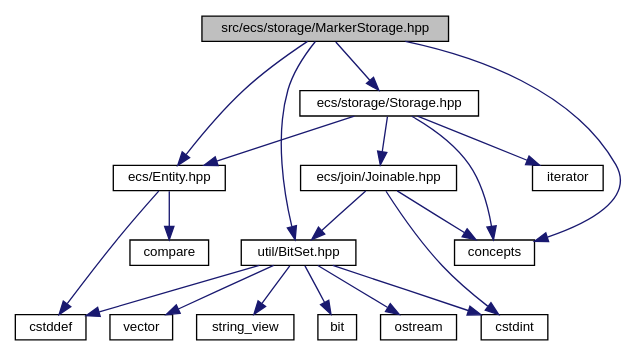
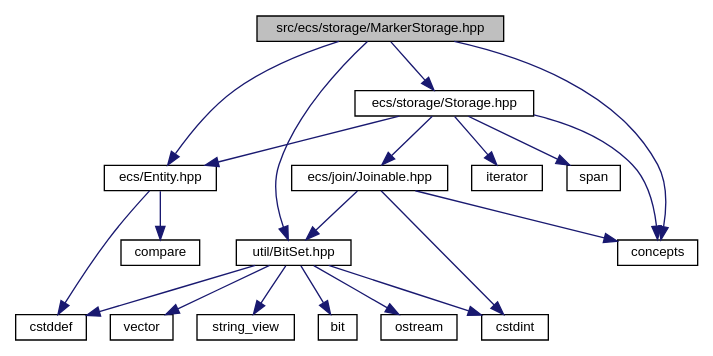
Before and after one commit to MisterPeModder/Bomberman-Global-Offensive: the diagram in _marker_storage_8hpp__incl.dot, drawn with Graphviz. The commit also changed 321 other files, not shown here.

Commit message:
Deploying to gh-pages from @ MisterPeModder/Bomberman-Global-Offensive@d3185e0575ebf8fe3eca5b02d07a9483788439b3 🚀

```diff
--- a/_marker_storage_8hpp__incl.dot
+++ b/_marker_storage_8hpp__incl.dot
@@ -1,39 +1,41 @@
 digraph "src/ecs/storage/MarkerStorage.hpp"
 {
  // LATEX_PDF_SIZE
   edge [fontname="Helvetica",fontsize="10",labelfontname="Helvetica",labelfontsize="10"];
   node [fontname="Helvetica",fontsize="10",shape=record];
   Node1 [label="src/ecs/storage/MarkerStorage.hpp",height=0.2,width=0.4,color="black", fillcolor="grey75", style="filled", fontcolor="black",tooltip=" "];
   Node1 -> Node2 [color="midnightblue",fontsize="10",style="solid",fontname="Helvetica"];
   Node2 [label="ecs/Entity.hpp",height=0.2,width=0.4,color="black", fillcolor="white", style="filled",URL="$_entity_8hpp.html",tooltip=" "];
   Node2 -> Node3 [color="midnightblue",fontsize="10",style="solid",fontname="Helvetica"];
   Node3 [label="compare",height=0.2,width=0.4,color="black", fillcolor="white", style="filled",URL="/home/runner/work/Bomberman-Global-Offensive/Bomberman-Global-Offensive/doc/external/cppreference-doxygen-web.tag.xml$cpp/header/compare.html",tooltip=" "];
   Node2 -> Node4 [color="midnightblue",fontsize="10",style="solid",fontname="Helvetica"];
   Node4 [label="cstddef",height=0.2,width=0.4,color="black", fillcolor="white", style="filled",URL="/home/runner/work/Bomberman-Global-Offensive/Bomberman-Global-Offensive/doc/external/cppreference-doxygen-web.tag.xml$cpp/header/cstddef.html",tooltip=" "];
   Node1 -> Node5 [color="midnightblue",fontsize="10",style="solid",fontname="Helvetica"];
   Node5 [label="ecs/storage/Storage.hpp",height=0.2,width=0.4,color="black", fillcolor="white", style="filled",URL="$storage_2_storage_8hpp.html",tooltip=" "];
   Node5 -> Node2 [color="midnightblue",fontsize="10",style="solid",fontname="Helvetica"];
   Node5 -> Node6 [color="midnightblue",fontsize="10",style="solid",fontname="Helvetica"];
   Node6 [label="ecs/join/Joinable.hpp",height=0.2,width=0.4,color="black", fillcolor="white", style="filled",URL="$_joinable_8hpp.html",tooltip=" "];
   Node6 -> Node7 [color="midnightblue",fontsize="10",style="solid",fontname="Helvetica"];
   Node7 [label="util/BitSet.hpp",height=0.2,width=0.4,color="black", fillcolor="white", style="filled",URL="$_bit_set_8hpp.html",tooltip=" "];
   Node7 -> Node8 [color="midnightblue",fontsize="10",style="solid",fontname="Helvetica"];
   Node8 [label="bit",height=0.2,width=0.4,color="black", fillcolor="white", style="filled",URL="/home/runner/work/Bomberman-Global-Offensive/Bomberman-Global-Offensive/doc/external/cppreference-doxygen-web.tag.xml$cpp/header/bit.html",tooltip=" "];
   Node7 -> Node4 [color="midnightblue",fontsize="10",style="solid",fontname="Helvetica"];
   Node7 -> Node9 [color="midnightblue",fontsize="10",style="solid",fontname="Helvetica"];
   Node9 [label="cstdint",height=0.2,width=0.4,color="black", fillcolor="white", style="filled",URL="/home/runner/work/Bomberman-Global-Offensive/Bomberman-Global-Offensive/doc/external/cppreference-doxygen-web.tag.xml$cpp/header/cstdint.html",tooltip=" "];
   Node7 -> Node10 [color="midnightblue",fontsize="10",style="solid",fontname="Helvetica"];
   Node10 [label="ostream",height=0.2,width=0.4,color="black", fillcolor="white", style="filled",URL="/home/runner/work/Bomberman-Global-Offensive/Bomberman-Global-Offensive/doc/external/cppreference-doxygen-web.tag.xml$cpp/header/ostream.html",tooltip=" "];
   Node7 -> Node11 [color="midnightblue",fontsize="10",style="solid",fontname="Helvetica"];
   Node11 [label="vector",height=0.2,width=0.4,color="black", fillcolor="white", style="filled",URL="/home/runner/work/Bomberman-Global-Offensive/Bomberman-Global-Offensive/doc/external/cppreference-doxygen-web.tag.xml$cpp/header/vector.html",tooltip=" "];
   Node7 -> Node12 [color="midnightblue",fontsize="10",style="solid",fontname="Helvetica"];
   Node12 [label="string_view",height=0.2,width=0.4,color="black", fillcolor="white", style="filled",URL="/home/runner/work/Bomberman-Global-Offensive/Bomberman-Global-Offensive/doc/external/cppreference-doxygen-web.tag.xml$cpp/header/string_view.html",tooltip=" "];
   Node6 -> Node13 [color="midnightblue",fontsize="10",style="solid",fontname="Helvetica"];
   Node13 [label="concepts",height=0.2,width=0.4,color="black", fillcolor="white", style="filled",URL="/home/runner/work/Bomberman-Global-Offensive/Bomberman-Global-Offensive/doc/external/cppreference-doxygen-web.tag.xml$cpp/header/concepts.html",tooltip=" "];
   Node6 -> Node9 [color="midnightblue",fontsize="10",style="solid",fontname="Helvetica"];
   Node5 -> Node13 [color="midnightblue",fontsize="10",style="solid",fontname="Helvetica"];
   Node5 -> Node14 [color="midnightblue",fontsize="10",style="solid",fontname="Helvetica"];
   Node14 [label="iterator",height=0.2,width=0.4,color="black", fillcolor="white", style="filled",URL="/home/runner/work/Bomberman-Global-Offensive/Bomberman-Global-Offensive/doc/external/cppreference-doxygen-web.tag.xml$cpp/header/iterator.html",tooltip=" "];
+  Node5 -> Node15 [color="midnightblue",fontsize="10",style="solid",fontname="Helvetica"];
+  Node15 [label="span",height=0.2,width=0.4,color="black", fillcolor="white", style="filled",URL="/home/runner/work/Bomberman-Global-Offensive/Bomberman-Global-Offensive/doc/external/cppreference-doxygen-web.tag.xml$cpp/header/span.html",tooltip=" "];
   Node1 -> Node7 [color="midnightblue",fontsize="10",style="solid",fontname="Helvetica"];
   Node1 -> Node13 [color="midnightblue",fontsize="10",style="solid",fontname="Helvetica"];
 }
```
